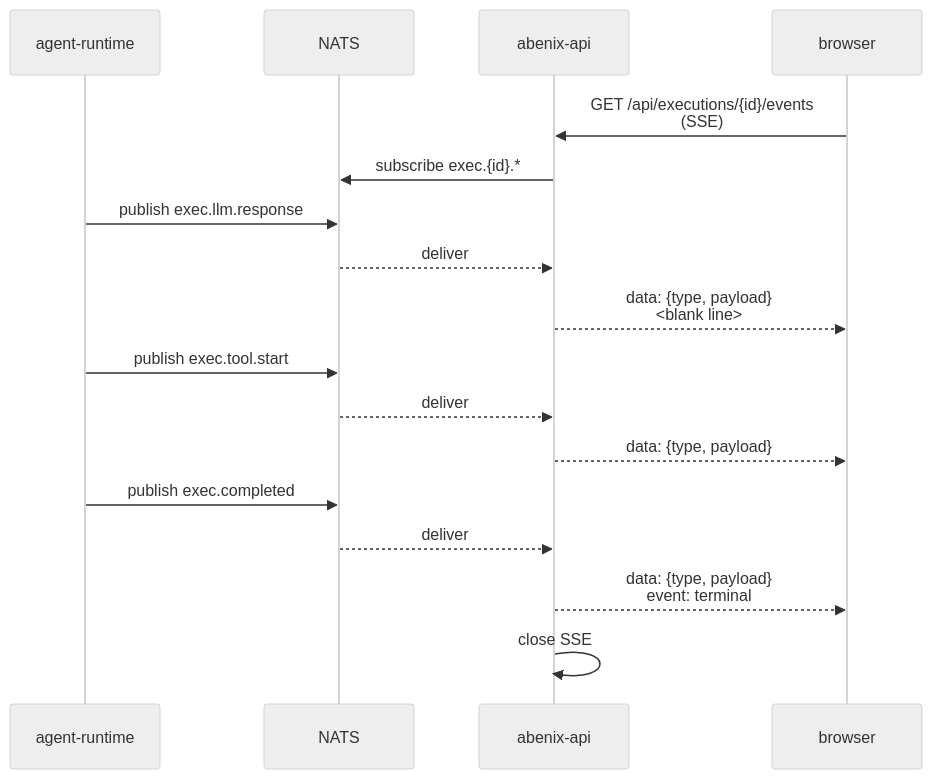
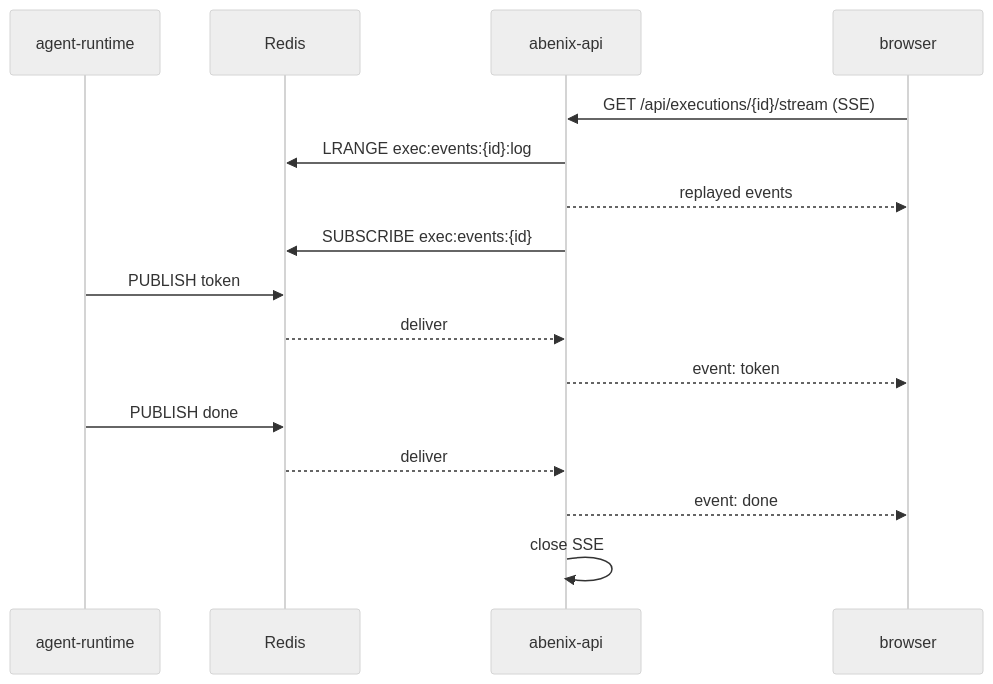
One commit to sarkar4777/abenix changed the third of 3 diagrams in docs/01-architecture/02-request-lifecycle.md. Above: the diagram before and after it, drawn with Mermaid (neutral theme). The commit also changed other lines of this file and 288 other files, not shown here.

````diff
--- a/docs/01-architecture/02-request-lifecycle.md
+++ b/docs/01-architecture/02-request-lifecycle.md
@@ -184,20 +200,19 @@
 ```mermaid
 sequenceDiagram
   participant R as agent-runtime
-  participant N as NATS
+  participant RD as Redis
   participant API as abenix-api
   participant W as browser
 
-  W->>API: GET /api/executions/{id}/events<br/>(SSE)
-  API->>N: subscribe exec.{id}.*
-  R->>N: publish exec.llm.response
-  N-->>API: deliver
-  API-->>W: data: {type, payload}<br/><blank line>
-  R->>N: publish exec.tool.start
-  N-->>API: deliver
-  API-->>W: data: {type, payload}
-  R->>N: publish exec.completed
-  N-->>API: deliver
-  API-->>W: data: {type, payload}<br/>event: terminal
+  W->>API: GET /api/executions/{id}/stream (SSE)
+  API->>RD: LRANGE exec:events:{id}:log
+  API-->>W: replayed events
+  API->>RD: SUBSCRIBE exec:events:{id}
+  R->>RD: PUBLISH token
+  RD-->>API: deliver
+  API-->>W: event: token
+  R->>RD: PUBLISH done
+  RD-->>API: deliver
+  API-->>W: event: done
   API->>API: close SSE
 ```
````
